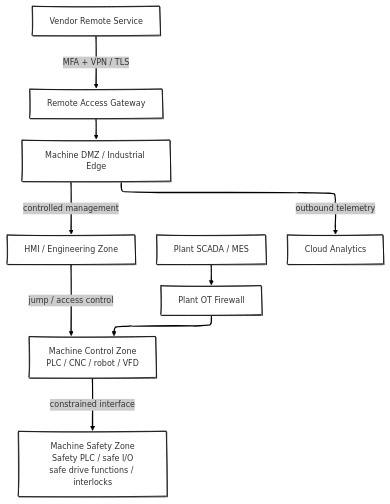
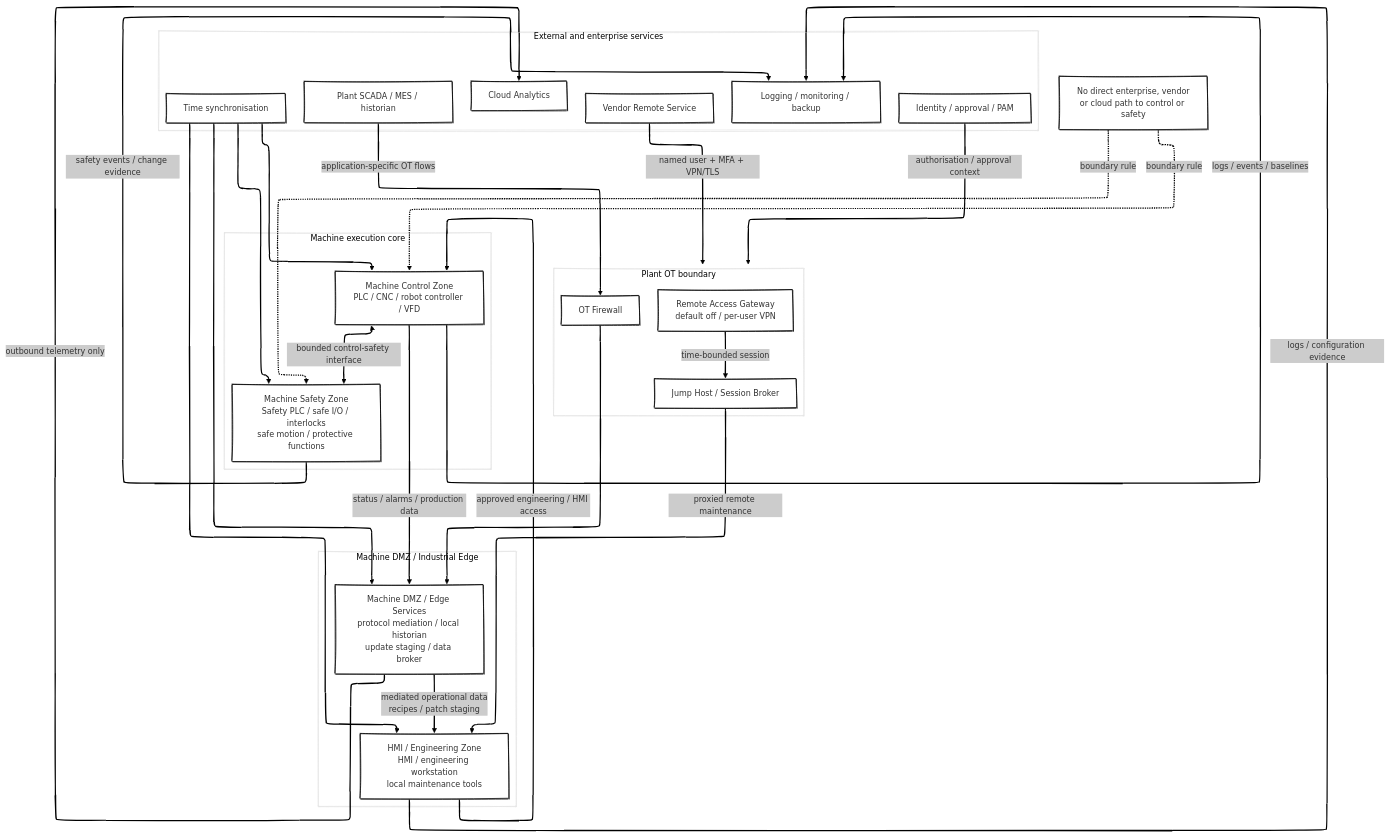
The second of 6 diagrams in longforms/eu-machinery-regulation-2023-1230-cyber-physical-safety/index.qmd (antomon/antomon.github.io), drawn with Mermaid before and after one commit. The commit also changed other lines of this file and 55 other files, not shown here.

````diff
--- a/longforms/eu-machinery-regulation-2023-1230-cyber-physical-safety/index.qmd
+++ b/longforms/eu-machinery-regulation-2023-1230-cyber-physical-safety/index.qmd
@@ -241,26 +406,60 @@
 ```{mermaid}
 %%| label: fig-connected-machine-reference-architecture
-%%| fig-cap: "Reference zoning for a connected industrial machine, separating remote service, edge/DMZ, engineering, control, safety and plant OT functions."
-%%| fig-alt: "A layered architecture in which vendor remote service reaches the machine through authenticated remote access and a machine DMZ or edge layer; HMI and engineering functions reach the machine control zone through controlled access; the machine safety zone has a constrained interface to the control zone; plant SCADA and MES connect through an OT firewall; cloud analytics receives outbound telemetry."
+%%| fig-cap: "Reference architecture for a connected industrial machine, separating enterprise and remote-service functions, plant OT integration, machine DMZ services, engineering access, machine control and safety functions."
+%%| fig-alt: "The diagram shows a layered architecture. Vendor remote service reaches a default-off remote-access gateway using per-user MFA and VPN/TLS, then a jump host or session broker. Plant SCADA, MES and historians reach the machine through an OT firewall into a machine DMZ or industrial-edge zone. The machine DMZ contains mediated services such as protocol brokering, local historian, patch or update staging and telemetry export. It provides controlled access to the HMI and engineering zone. The engineering zone can reach the machine control zone through role-based, approved programming or operational sessions. The control zone has a tightly bounded interface to the safety zone. Logging, monitoring, backups and time synchronisation support the machine zones, and cloud analytics receives outbound telemetry only. There is no direct vendor, cloud or enterprise path to the control or safety zone."
 %%| fig-align: center
 %%{init: {"theme": "neo", "look": "handDrawn", "layout": "elk"}}%%
-flowchart TB
-    V[Vendor Remote Service]
-    R[Remote Access Gateway]
-    D[Machine DMZ / Industrial Edge]
-    E[HMI / Engineering Zone]
-    C[Machine Control Zone<br/>PLC / CNC / robot / VFD]
-    S[Machine Safety Zone<br/>Safety PLC / safe I/O<br/>safe drive functions / interlocks]
-    F[Plant OT Firewall]
-    P[Plant SCADA / MES]
-    A[Cloud Analytics]
+flowchart TD
 
-    V -->|MFA + VPN / TLS| R
-    R --> D
-    D -->|controlled management| E
-    E -->|jump / access control| C
-    C -->|constrained interface| S
-    P --> F
-    F --> C
-    D -->|outbound telemetry| A
+    subgraph EXT["External and enterprise services"]
+        V[Vendor Remote Service]
+        I[Identity / approval / PAM]
+        P[Plant SCADA / MES / historian]
+        A[Cloud Analytics]
+        L[Logging / monitoring / backup]
+        T[Time synchronisation]
+    end
+
+    subgraph BND["Plant OT boundary"]
+        R[Remote Access Gateway<br/>default off / per-user VPN]
+        J[Jump Host / Session Broker]
+        F[OT Firewall]
+    end
+
+    subgraph MDMZ["Machine DMZ / Industrial Edge"]
+        D[Machine DMZ / Edge Services<br/>protocol mediation / local historian<br/>update staging / data broker]
+        E[HMI / Engineering Zone<br/>HMI / engineering workstation<br/>local maintenance tools]
+    end
+
+    subgraph CORE["Machine execution core"]
+        C[Machine Control Zone<br/>PLC / CNC / robot controller / VFD]
+        S[Machine Safety Zone<br/>Safety PLC / safe I/O / interlocks<br/>safe motion / protective functions]
+    end
+
+    V -->|named user + MFA + VPN/TLS| R
+    I -->|authorisation / approval context| R
+    R -->|time-bounded session| J
+    J -->|proxied remote maintenance| E
+
+    P -->|application-specific OT flows| F
+    F --> D
+    D -->|mediated operational data<br/>recipes / patch staging| E
+    E -->|approved engineering / HMI access| C
+    C <--> |bounded control-safety interface| S
+
+    C -->|status / alarms / production data| D
+    D -->|outbound telemetry only| A
+
+    E -->|logs / configuration evidence| L
+    C -->|logs / events / baselines| L
+    S -->|safety events / change evidence| L
+
+    T --> D
+    T --> E
+    T --> C
+    T --> S
+
+    X[No direct enterprise, vendor<br/>or cloud path to control or safety]
+    X -. boundary rule .-> C
+    X -. boundary rule .-> S
 ```
````
